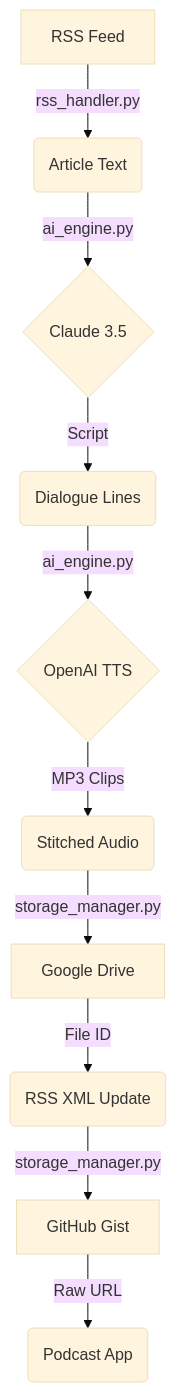
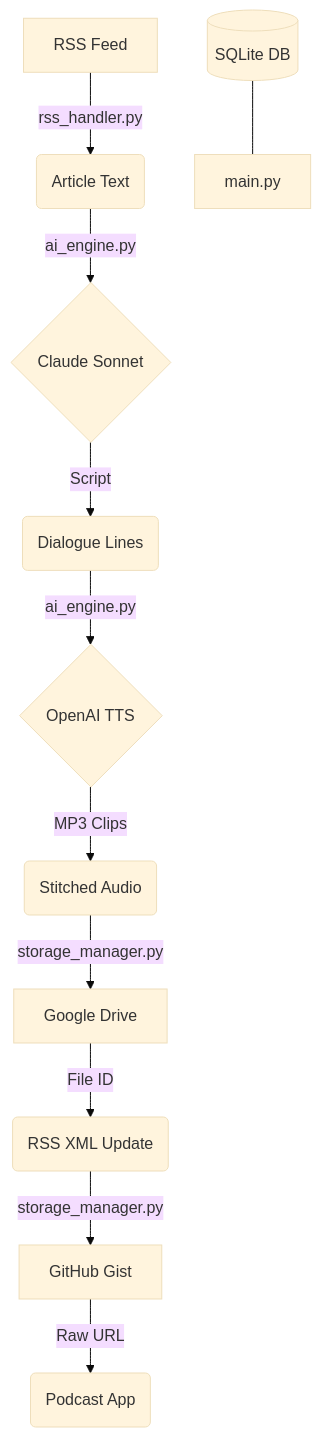
Before and after one commit to dentaljosh/RSS-podcast-maker: the diagram in README.md, drawn with Mermaid (base theme). The commit also changed other lines of this file and 8 other files, not shown here.

````diff
--- a/README.md
+++ b/README.md
@@ -13,12 +14,13 @@
 ```mermaid
 graph TD
     A[RSS Feed] -->|rss_handler.py| B(Article Text)
-    B -->|ai_engine.py| C{Claude 3.5}
+    B -->|ai_engine.py| C{Claude Sonnet}
     C -->|Script| D(Dialogue Lines)
     D -->|ai_engine.py| E{OpenAI TTS}
     E -->|MP3 Clips| F(Stitched Audio)
     F -->|storage_manager.py| G[Google Drive]
     G -->|File ID| H(RSS XML Update)
     H -->|storage_manager.py| I[GitHub Gist]
     I -->|Raw URL| J(Podcast App)
+    K[(SQLite DB)] --- L[main.py]
 ```
````
